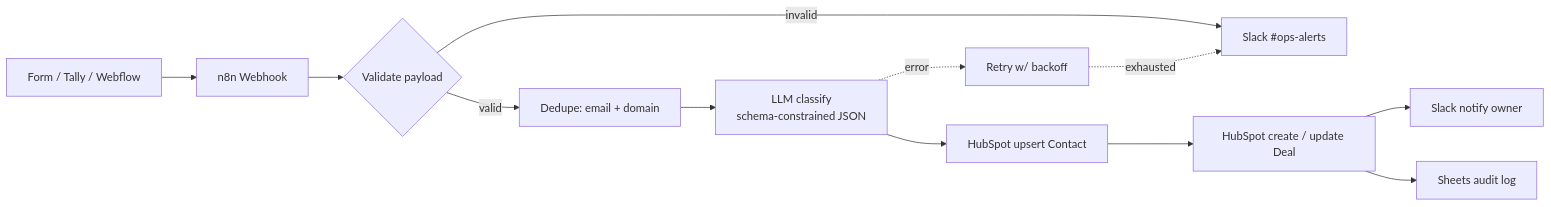
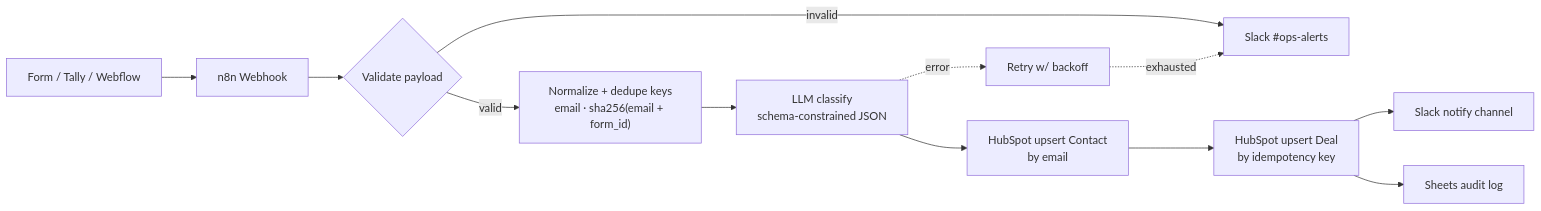
One commit to lyczhu/leadflow-automation changed the diagram in README.md. Above: the diagram before and after it, drawn with Mermaid. The commit also changed other lines of this file and 5 other files, not shown here.

````diff
--- a/README.md
+++ b/README.md
@@ -18,13 +18,13 @@
 ```mermaid
 flowchart LR
-  A[Form / Tally / Webflow] --> B[n8n Webhook]
-  B --> C{Validate payload}
-  C -- invalid --> D[Slack #ops-alerts]
-  C -- valid --> E[Dedupe: email + domain]
-  E --> F[LLM classify<br/>schema-constrained JSON]
-  F --> G[HubSpot upsert Contact]
-  G --> H[HubSpot create / update Deal]
-  H --> I[Slack notify owner]
-  H --> J[Sheets audit log]
-  F -. error .-> K[Retry w/ backoff] -. exhausted .-> D
+  A["Form / Tally / Webflow"] --> B["n8n Webhook"]
+  B --> C{"Validate payload"}
+  C -- invalid --> D["Slack #ops-alerts"]
+  C -- valid --> E["Normalize + dedupe keys<br/>email · sha256(email + form_id)"]
+  E --> F["LLM classify<br/>schema-constrained JSON"]
+  F --> G["HubSpot upsert Contact<br/>by email"]
+  G --> H["HubSpot upsert Deal<br/>by idempotency key"]
+  H --> I["Slack notify channel"]
+  H --> J["Sheets audit log"]
+  F -. error .-> K["Retry w/ backoff"] -. exhausted .-> D
 ```
````
